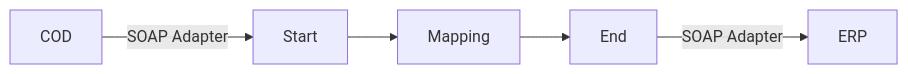
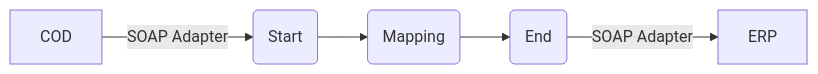
One commit to Avvale-IA-CICD/AvvaleCPI changed the diagram in REPSOL - Demo IA Docs/Check_Connectivity_to_SAP_Business_Suite_-_REPSOL/1.0.4/readme.md. Above: the diagram before and after it, drawn with Mermaid. The commit also changed other lines of this file, not shown here.

````diff
--- a/REPSOL - Demo IA Docs/Check_Connectivity_to_SAP_Business_Suite_-_REPSOL/1.0.4/readme.md
+++ b/REPSOL - Demo IA Docs/Check_Connectivity_to_SAP_Business_Suite_-_REPSOL/1.0.4/readme.md
@@ -4,13 +4,13 @@
 ```mermaid
 graph LR
     COD[COD]
     ERP[ERP]
-    Start[Start]
-    Mapping[Mapping]
-    End[End]
+    Start(Start)
+    Mapping(Mapping)
+    End(End)
 
     COD -- SOAP Adapter --> Start
     Start --> Mapping
     Mapping --> End
     End -- SOAP Adapter --> ERP
 ```
````
